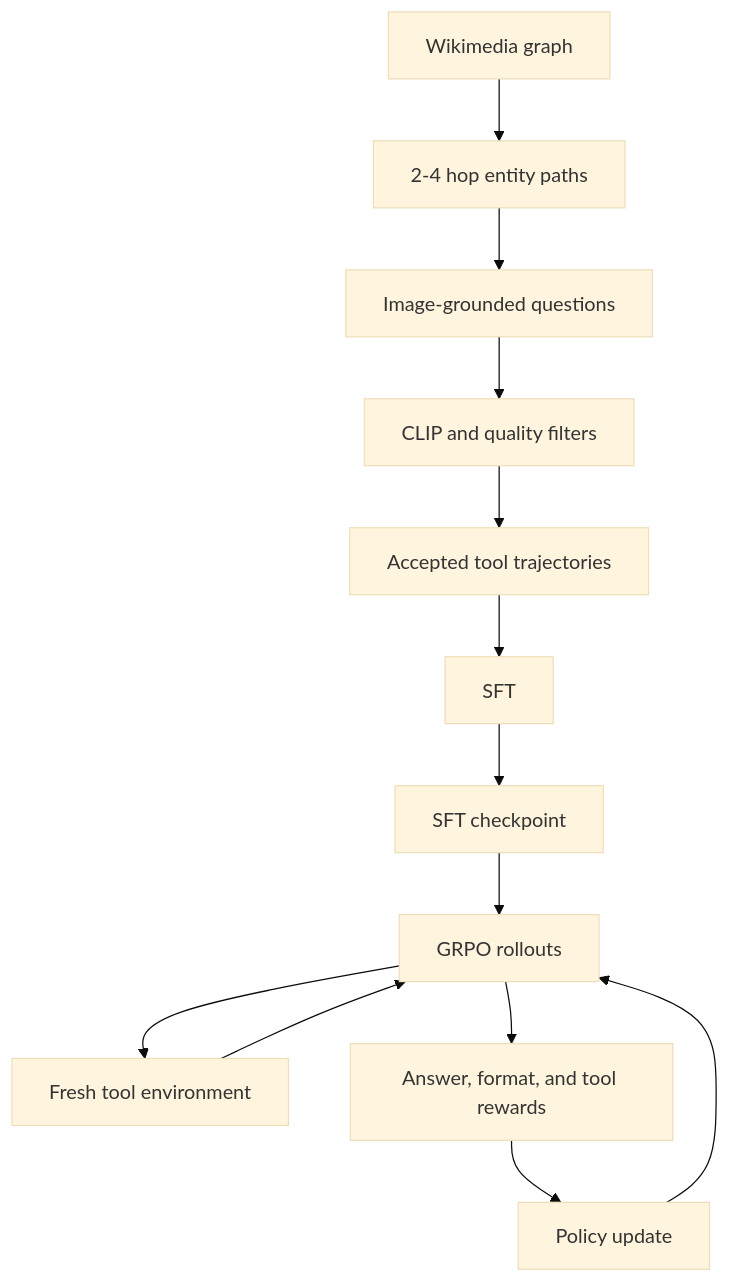
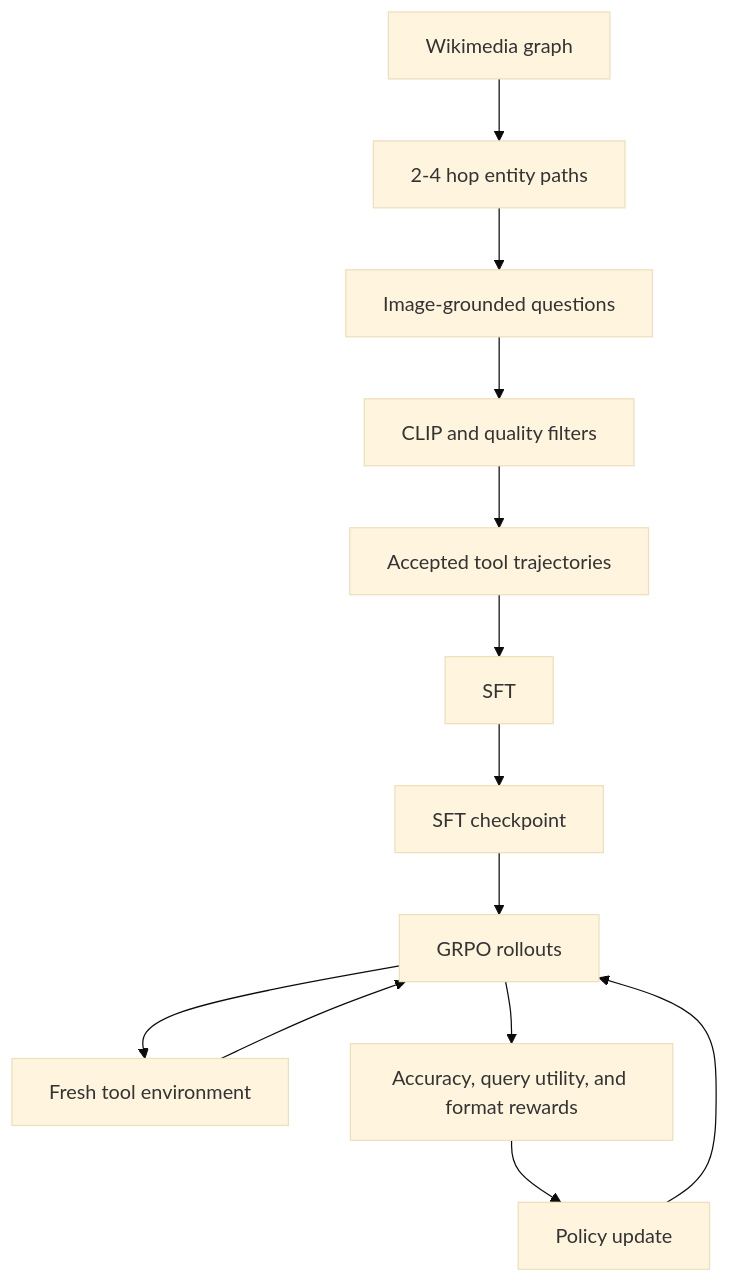
One commit to Cliff-fen/sightline-agent changed the second of 2 diagrams in README.md. Above: the diagram before and after it, drawn with Mermaid (base theme). The commit also changed other lines of this file and 40 other files, not shown here.

````diff
--- a/README.md
+++ b/README.md
@@ -43,15 +44,15 @@
 ```mermaid
 flowchart TD
     W[Wikimedia graph] --> P[2-4 hop entity paths]
     P --> Q[Image-grounded questions]
     Q --> F[CLIP and quality filters]
     F --> T[Accepted tool trajectories]
     T --> S[SFT]
     S --> C[SFT checkpoint]
     C --> G[GRPO rollouts]
     G --> X[Fresh tool environment]
     X --> G
-    G --> R[Answer, format, and tool rewards]
+    G --> R[Accuracy, query utility, and format rewards]
     R --> O[Policy update]
     O --> G
 ```
````
